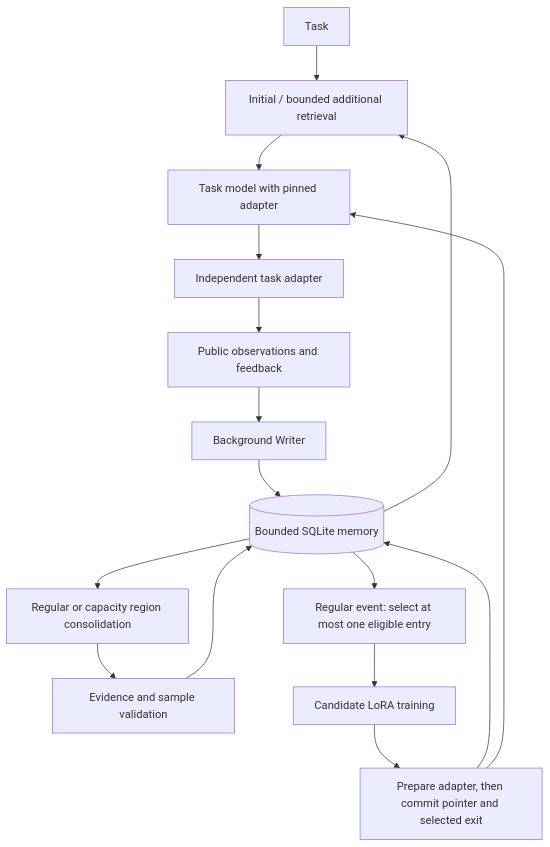
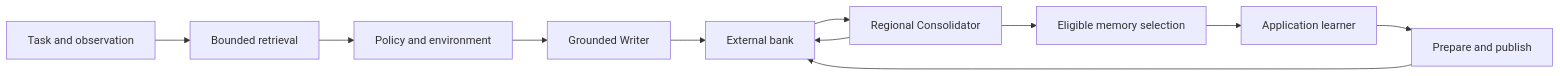
Before and after one commit to RuneTan/MemTurn: the diagram in docs/architecture.md, drawn with Mermaid. The commit also changed other lines of this file and 117 other files, not shown here.

````diff
--- a/docs/architecture.md
+++ b/docs/architecture.md
@@ -9,18 +7,13 @@
 ```mermaid
-flowchart TD
-    Task[Task] --> Read[Initial / bounded additional retrieval]
-    Bank[(Bounded SQLite memory)] --> Read
-    Read --> Policy[Task model with pinned adapter]
-    Policy --> Env[Independent task adapter]
-    Env --> Trace[Public observations and feedback]
-    Trace --> Writer[Background Writer]
-    Writer --> Bank
-    Bank --> Consolidator[Regular or capacity region consolidation]
-    Consolidator --> Validate[Evidence and sample validation]
-    Validate --> Bank
-    Bank --> Select[Regular event: select at most one eligible entry]
-    Select --> SFT[Candidate LoRA training]
-    SFT --> Publish[Prepare adapter, then commit pointer and selected exit]
-    Publish --> Bank
-    Publish --> Policy
+flowchart LR
+  T[Task and observation] --> R[Bounded retrieval]
+  R --> A[Policy and environment]
+  A --> W[Grounded Writer]
+  W --> B[External bank]
+  B --> C[Regional Consolidator]
+  C --> B
+  C --> S[Eligible memory selection]
+  S --> L[Application learner]
+  L --> P[Prepare and publish]
+  P --> B
 ```
````
